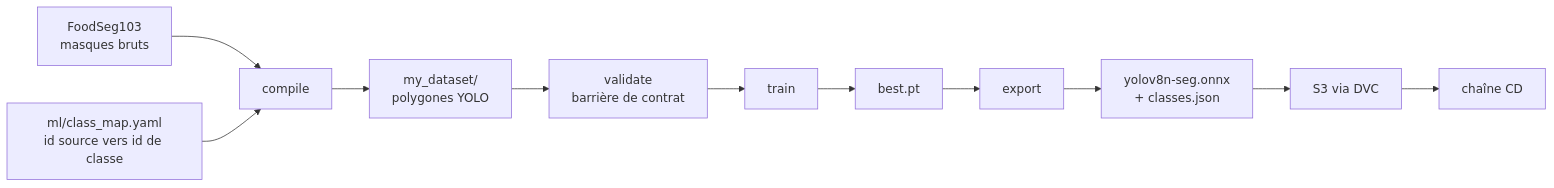
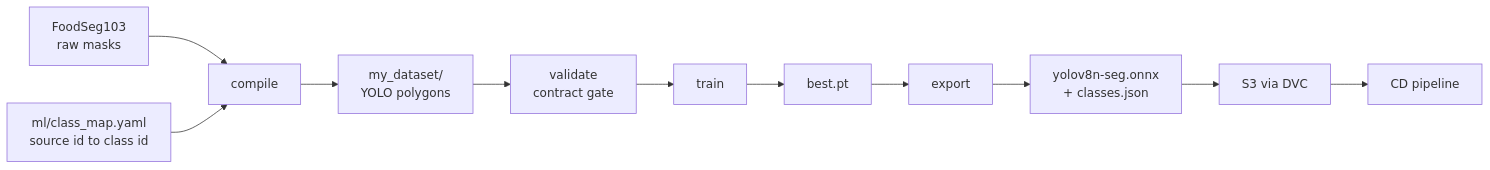
The fourth of 5 diagrams in README.md (Zen-Daitsu/Nutrivision), drawn with Mermaid before and after one commit. The commit also changed other lines of this file, not shown here.

````diff
--- a/README.md
+++ b/README.md
@@ -159,13 +159,13 @@
 ```mermaid
 flowchart LR
-    raw["FoodSeg103<br/>masques bruts"] --> compile
-    map["ml/class_map.yaml<br/>id source vers id de classe"] --> compile
-    compile["compile"] --> ds["my_dataset/<br/>polygones YOLO"]
-    ds --> validate["validate<br/>barrière de contrat"]
+    raw["FoodSeg103<br/>raw masks"] --> compile
+    map["ml/class_map.yaml<br/>source id to class id"] --> compile
+    compile["compile"] --> ds["my_dataset/<br/>YOLO polygons"]
+    ds --> validate["validate<br/>contract gate"]
     validate --> train["train"]
     train --> best["best.pt"]
     best --> export["export"]
     export --> onnx["yolov8n-seg.onnx<br/>+ classes.json"]
     onnx --> s3["S3 via DVC"]
-    s3 --> cd["chaîne CD"]
+    s3 --> cd["CD pipeline"]
 ```
````
